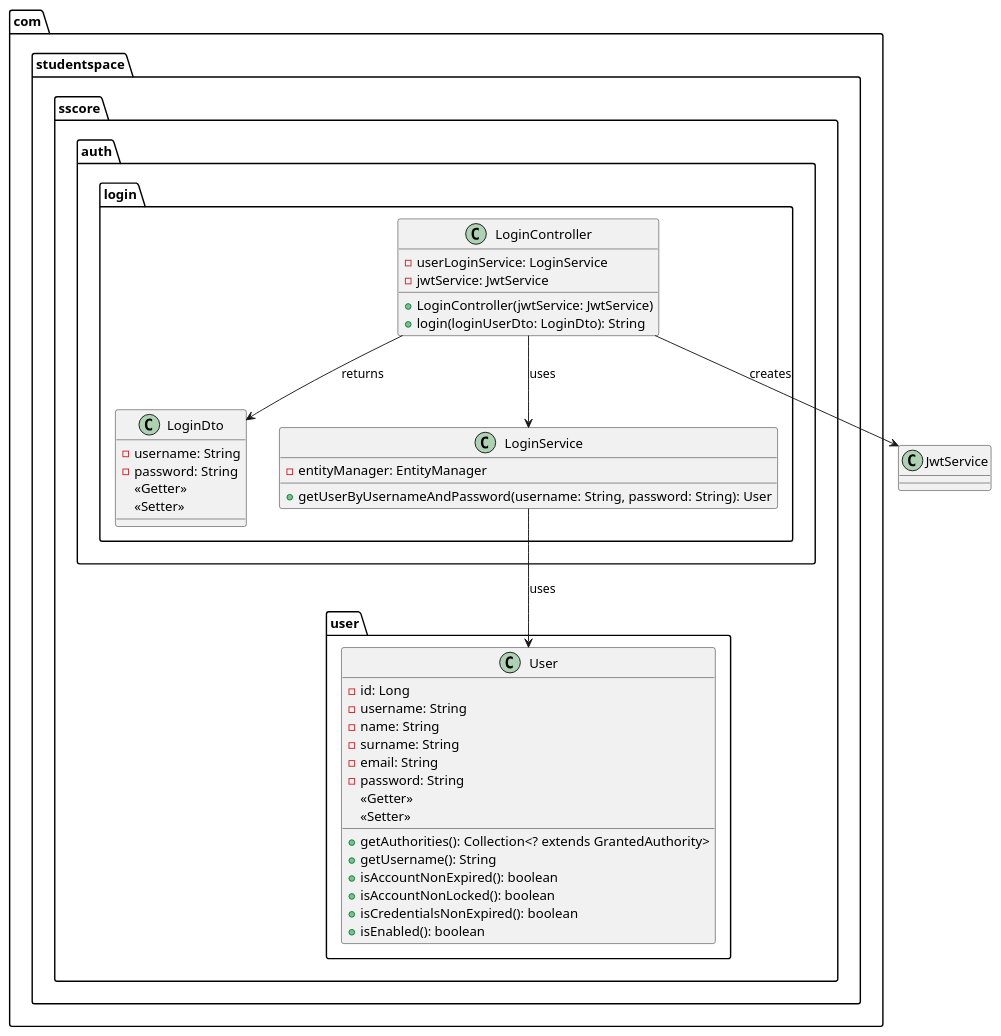
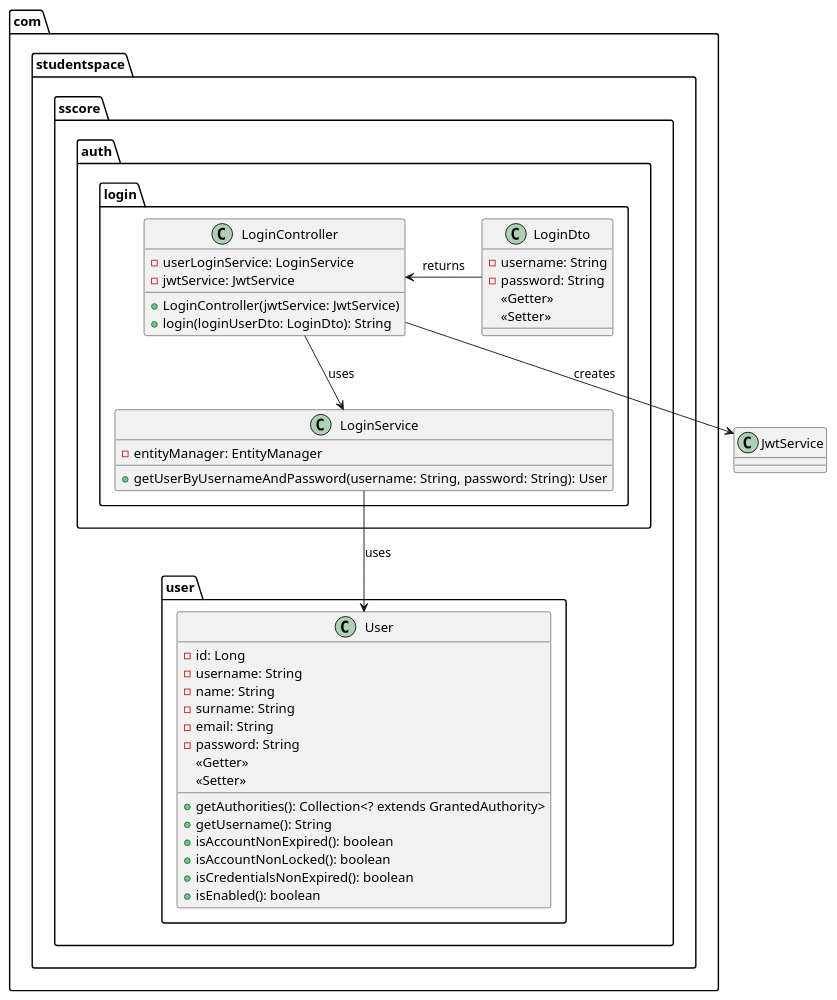
Before and after one commit to marcoslafoz/sscore: the diagram in src/main/java/com/studentspace/sscore/auth/login/Login.puml, drawn with PlantUML. The commit also changed 5 other files, not shown here.

Commit message:
docs: :memo: UML Diagrams updated

```diff
--- a/src/main/java/com/studentspace/sscore/auth/login/Login.puml
+++ b/src/main/java/com/studentspace/sscore/auth/login/Login.puml
@@ -1,47 +1,47 @@
 @startuml
 
 package "com.studentspace.sscore.auth.login" {
     class LoginController {
         - userLoginService: LoginService
         - jwtService: JwtService
         + LoginController(jwtService: JwtService)
         + login(loginUserDto: LoginDto): String
     }
 
     class LoginDto {
         - username: String
         - password: String
         <<Getter>>
         <<Setter>>
     }
 
     class LoginService {
         - entityManager: EntityManager
         + getUserByUsernameAndPassword(username: String, password: String): User
     }
 }
 
 package "com.studentspace.sscore.user" {
     class User {
         - id: Long
         - username: String
         - name: String
         - surname: String
         - email: String
         - password: String
         <<Getter>>
         <<Setter>>
         + getAuthorities(): Collection<? extends GrantedAuthority>
         + getUsername(): String
         + isAccountNonExpired(): boolean
         + isAccountNonLocked(): boolean
         + isCredentialsNonExpired(): boolean
         + isEnabled(): boolean
     }
 }
 
 LoginController --> LoginService : uses
 LoginController --> JwtService : creates
-LoginController --> LoginDto : returns
+LoginController <- LoginDto : returns
 LoginService --> User : uses
 @enduml
```
